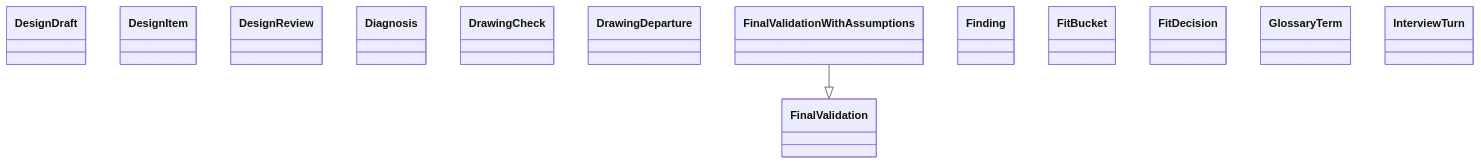
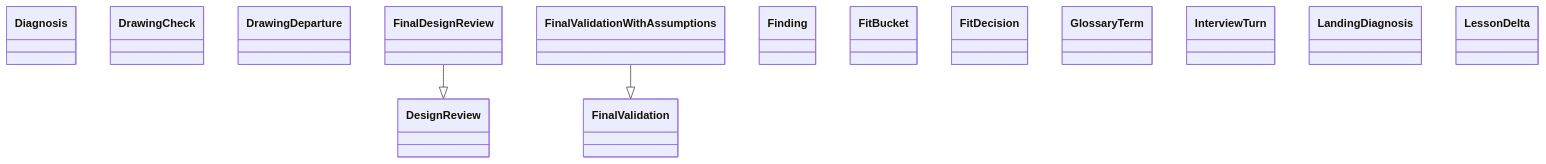
The diagram in docs/architecture/generated/classes-process-domain-roles-3.md (GonzaloZevallos/agentic-system), drawn with Mermaid before and after one commit. The commit also changed other lines of this file and 20 other files, not shown here.

Commit message:
Regenerate the architecture docs after merging master

````diff
--- a/docs/architecture/generated/classes-process-domain-roles-3.md
+++ b/docs/architecture/generated/classes-process-domain-roles-3.md
@@ -30,17 +30,19 @@
 ```mermaid
 classDiagram
-    class schemas__DesignDraft["DesignDraft"]
-    class schemas__DesignItem["DesignItem"]
     class schemas__DesignReview["DesignReview"]
     class schemas__Diagnosis["Diagnosis"]
     class schemas__DrawingCheck["DrawingCheck"]
     class schemas__DrawingDeparture["DrawingDeparture"]
+    class schemas__FinalDesignReview["FinalDesignReview"]
     class schemas__FinalValidation["FinalValidation"]
     class schemas__FinalValidationWithAssumptions["FinalValidationWithAssumptions"]
     class schemas__Finding["Finding"]
     class schemas__FitBucket["FitBucket"]
     class schemas__FitDecision["FitDecision"]
     class schemas__GlossaryTerm["GlossaryTerm"]
     class schemas__InterviewTurn["InterviewTurn"]
+    class schemas__LandingDiagnosis["LandingDiagnosis"]
+    class schemas__LessonDelta["LessonDelta"]
+    schemas__FinalDesignReview --|> schemas__DesignReview
     schemas__FinalValidationWithAssumptions --|> schemas__FinalValidation
 ```
````
